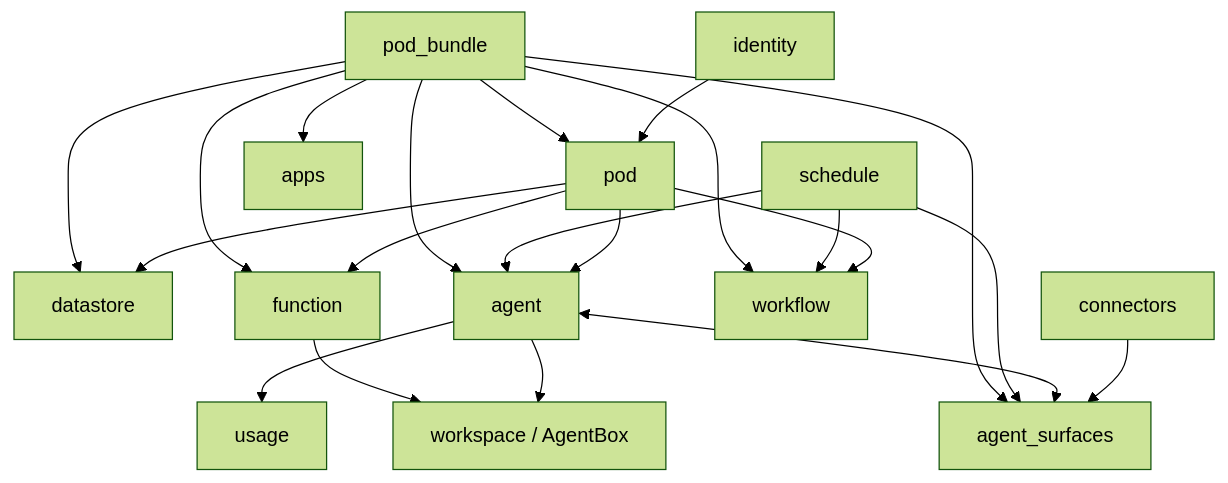
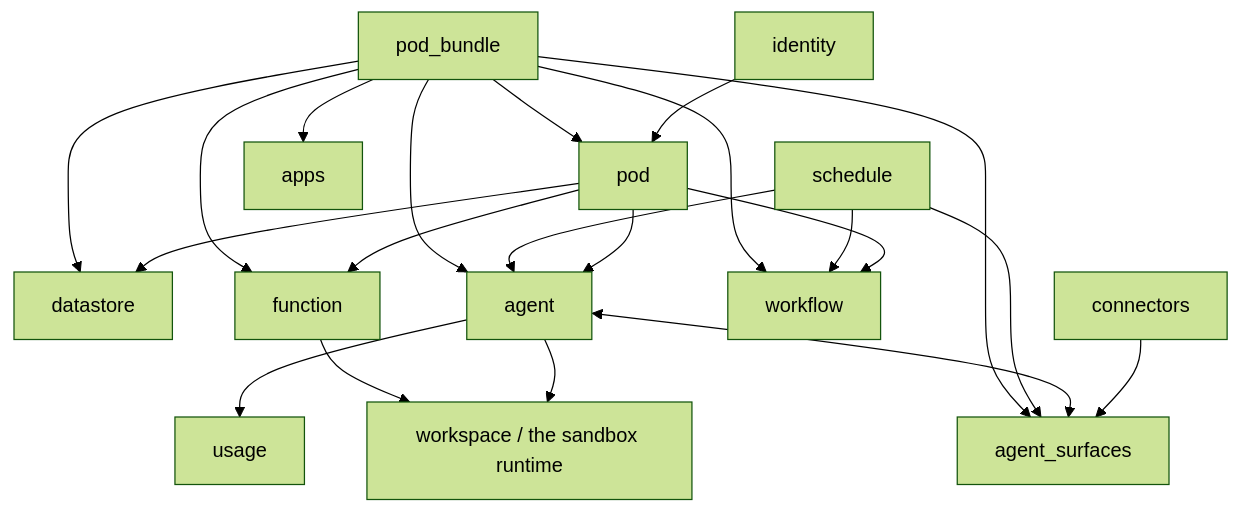
Before and after one commit to lemma-work/lemma-platform: the second of 2 diagrams in lemma-backend/docs/modules/README.md, drawn with Mermaid (forest theme). The commit also changed other lines of this file and 168 other files, not shown here.

````diff
--- a/lemma-backend/docs/modules/README.md
+++ b/lemma-backend/docs/modules/README.md
@@ -53,23 +53,23 @@
 ```mermaid
 flowchart TB
     I["identity"] --> P["pod"]
     P --> D["datastore"]
     P --> A["agent"]
     P --> F["function"]
     P --> W["workflow"]
     C["connectors"] --> S["agent_surfaces"]
     A <--> S
     A --> U["usage"]
-    A --> X["workspace / AgentBox"]
+    A --> X["workspace / the sandbox runtime"]
     F --> X
     SC["schedule"] --> A
     SC --> W
     SC --> S
     B["pod_bundle"] --> P
     B --> D
     B --> A
     B --> F
     B --> W
     B --> AP["apps"]
     B --> S
 ```
````
